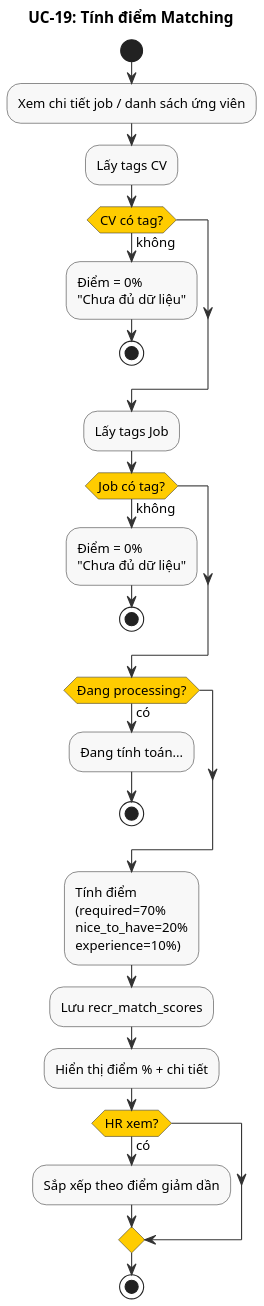
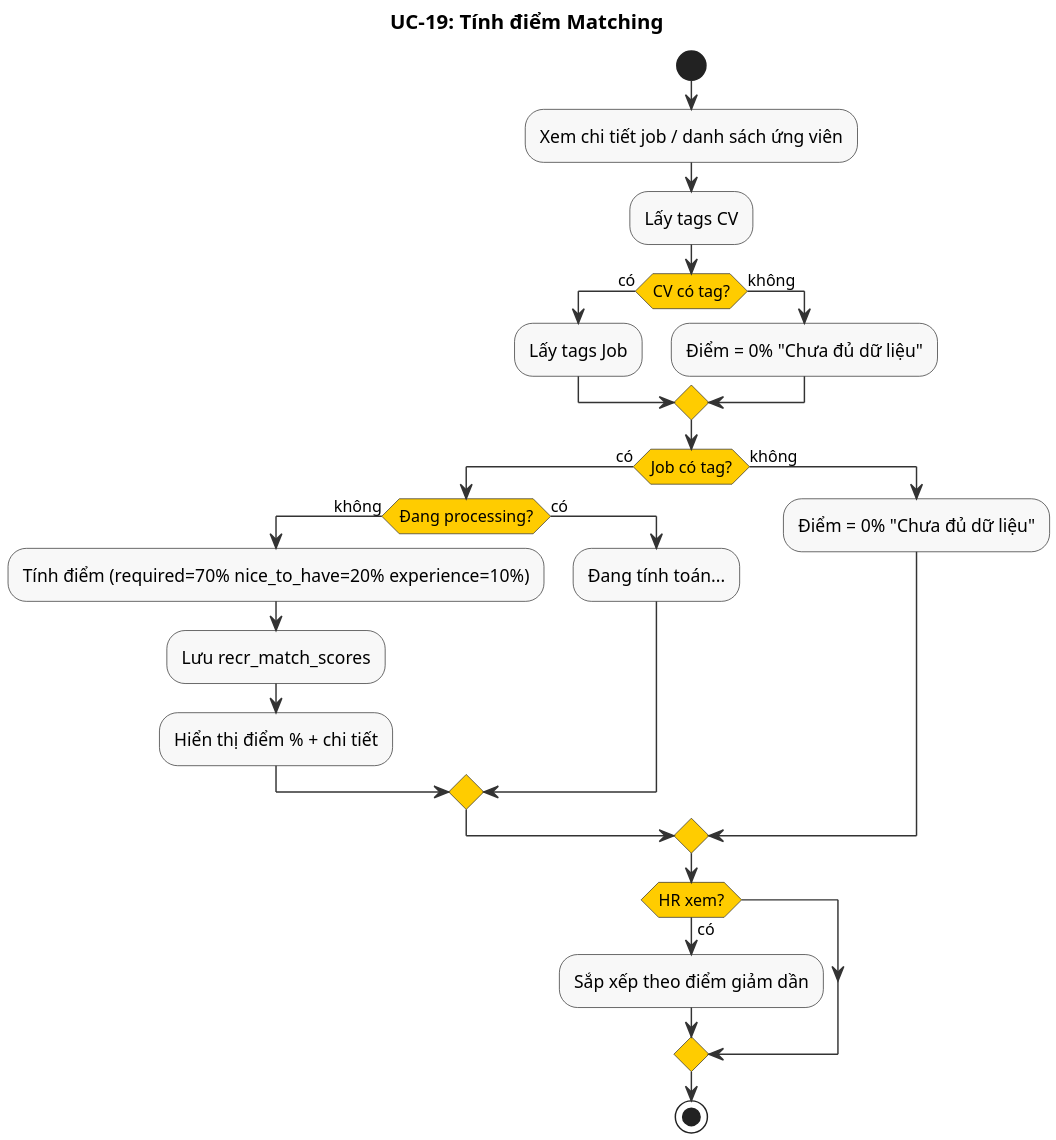
One commit to namnh240795/document changed the diagram in modules/recr/diagrams/activity/uc19-matching-score-activity.puml. Above: the diagram before and after it, drawn with PlantUML. The commit also changed 79 other files, not shown here.

```diff
--- a/modules/recr/diagrams/activity/uc19-matching-score-activity.puml
+++ b/modules/recr/diagrams/activity/uc19-matching-score-activity.puml
@@ -1,52 +1,44 @@
 @startuml
 ' UC-19: Tính điểm Matching - Sơ đồ Hoạt động
-skinparam dpi 150
-skinparam defaultFontSize 12
-skinparam nodesep 15
-skinparam ranksep 15
+skinparam dpi 200
 skinparam activity {
   BackgroundColor #F8F8F8
   BorderColor #333333
   ArrowColor #333333
   DiamondBackgroundColor #FFCC00
   DiamondBorderColor #333333
 }
 
 title UC-19: Tính điểm Matching
 
 start
 
 :Xem chi tiết job / danh sách ứng viên;
 
 :Lấy tags CV;
 
-if (CV có tag?) then (không)
-  :Điểm = 0%\n"Chưa đủ dữ liệu";
-  stop
+if (CV có tag?) then (có)
+  :Lấy tags Job;
+else (không)
+  :Điểm = 0% "Chưa đủ dữ liệu";
 endif
 
-:Lấy tags Job;
-
-if (Job có tag?) then (không)
-  :Điểm = 0%\n"Chưa đủ dữ liệu";
-  stop
+if (Job có tag?) then (có)
+  if (Đang processing?) then (không)
+    :Tính điểm (required=70% nice_to_have=20% experience=10%);
+    :Lưu recr_match_scores;
+    :Hiển thị điểm % + chi tiết;
+  else (có)
+    :Đang tính toán...;
+  endif
+else (không)
+  :Điểm = 0% "Chưa đủ dữ liệu";
 endif
-
-if (Đang processing?) then (có)
-  :Đang tính toán...;
-  stop
-endif
-
-:Tính điểm\n(required=70%\nnice_to_have=20%\nexperience=10%);
-
-:Lưu recr_match_scores;
-
-:Hiển thị điểm % + chi tiết;
 
 if (HR xem?) then (có)
   :Sắp xếp theo điểm giảm dần;
 endif
 
 stop
 
 @enduml
```
